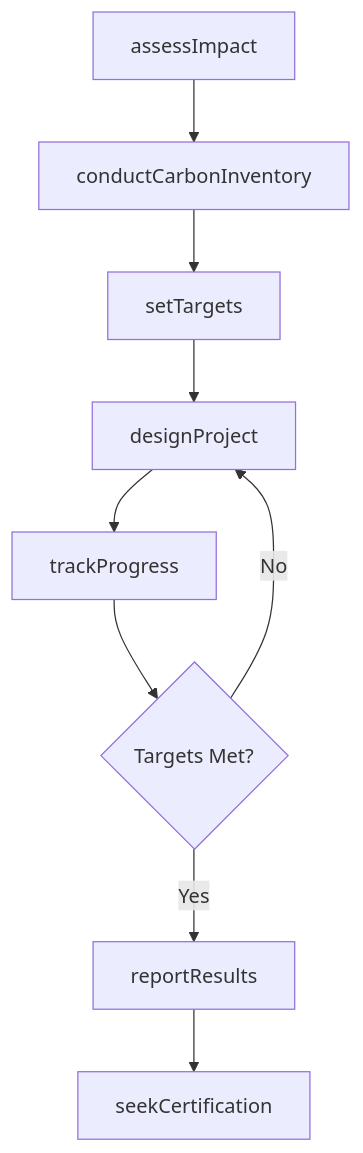
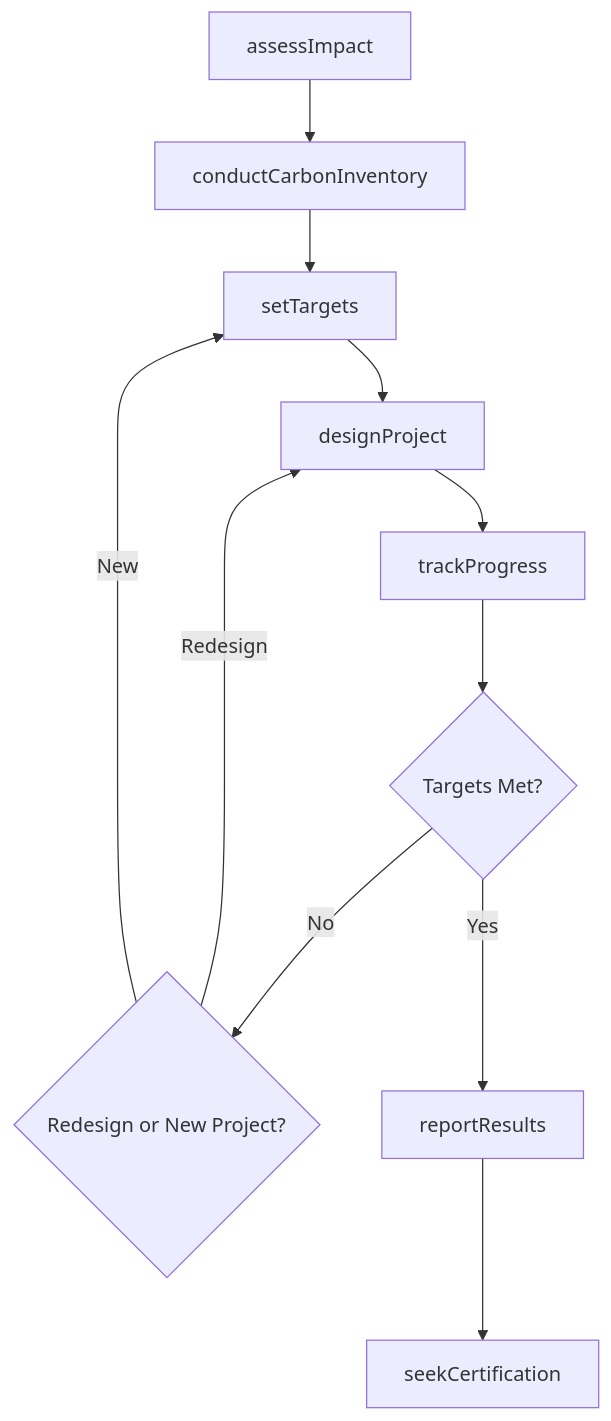
One commit to dot-org-ai/tasks.org.ai changed the third of 4 diagrams in ThinkingCreatively/DevelopPlansForManagingOrPreservingNaturalResources/DevelopEnvironmentalSustainabilityPlansProjects.mdx. Above: the diagram before and after it, drawn with Mermaid. The commit also changed other lines of this file and 504 other files, not shown here.

First line of the commit message:
feat: Add ER diagrams, state diagrams, and workflow improvements to 96 DWA task files

````diff
--- a/ThinkingCreatively/DevelopPlansForManagingOrPreservingNaturalResources/DevelopEnvironmentalSustainabilityPlansProjects.mdx
+++ b/ThinkingCreatively/DevelopPlansForManagingOrPreservingNaturalResources/DevelopEnvironmentalSustainabilityPlansProjects.mdx
@@ -89,11 +119,13 @@
 ```mermaid
 graph TD
     A[assessImpact] --> B[conductCarbonInventory]
     B --> C[setTargets]
     C --> D[designProject]
     D --> E[trackProgress]
     E --> F{Targets Met?}
-    F -->|No| D
-    F -->|Yes| G[reportResults]
-    G --> H[seekCertification]
+    F -->|No| G{Redesign or New Project?}
+    G -->|Redesign| D
+    G -->|New| C
+    F -->|Yes| H[reportResults]
+    H --> I[seekCertification]
 ```
````
